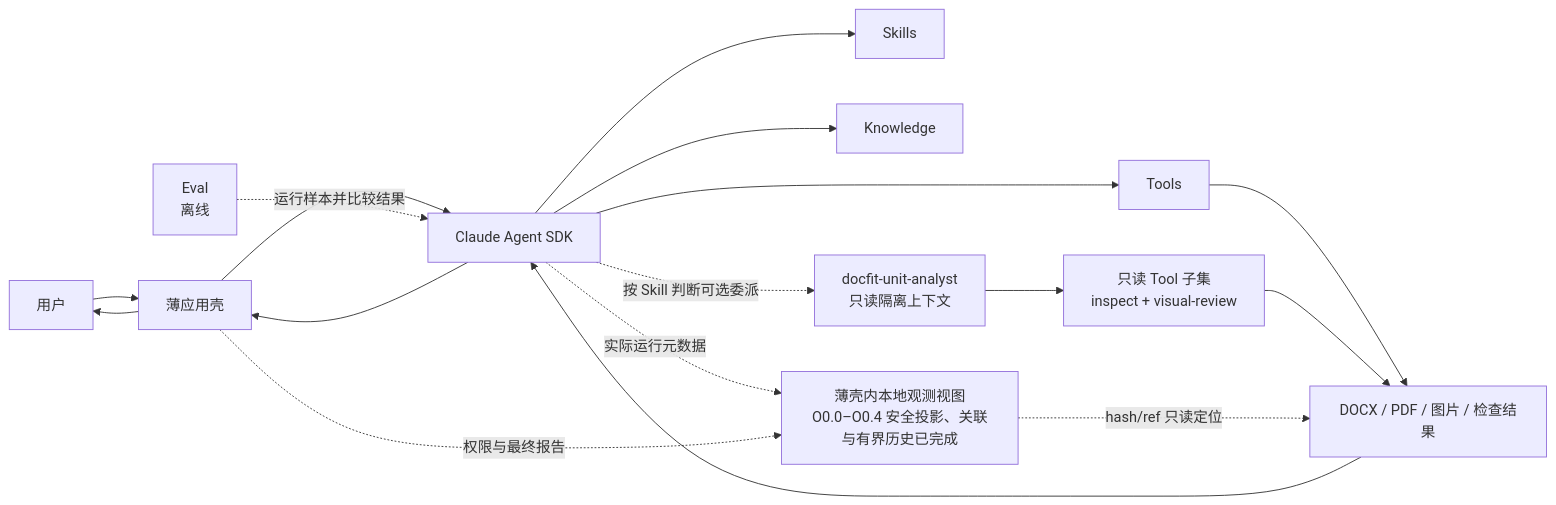
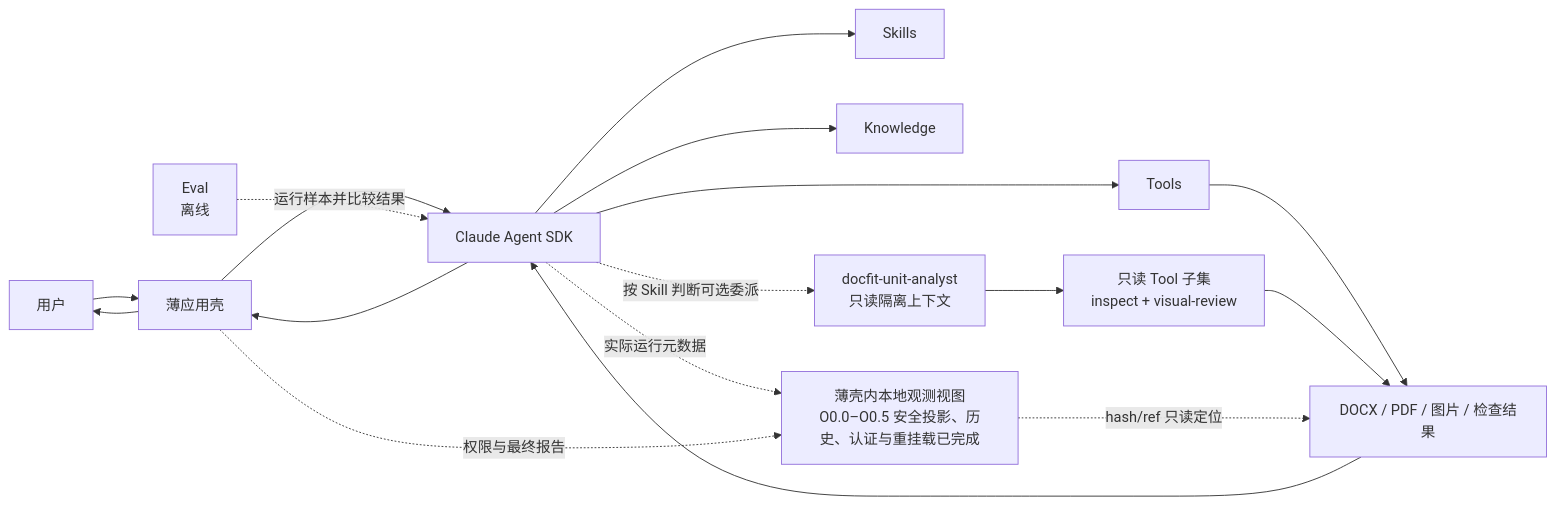
Before and after one commit to bamao88/0730: the diagram in docs/docfit-01-architecture-core.md, drawn with Mermaid. The commit also changed other lines of this file and 9 other files, not shown here.

````diff
--- a/docs/docfit-01-architecture-core.md
+++ b/docs/docfit-01-architecture-core.md
@@ -83,19 +83,19 @@
 ```mermaid
 flowchart LR
     U["用户"] --> A["薄应用壳"]
     A --> SDK["Claude Agent SDK"]
     SDK --> S["Skills"]
     SDK --> K["Knowledge"]
     SDK --> T["Tools"]
     SDK -."按 Skill 判断可选委派".-> SA["docfit-unit-analyst<br/>只读隔离上下文"]
     SA --> RT["只读 Tool 子集<br/>inspect + visual-review"]
     T --> F["DOCX / PDF / 图片 / 检查结果"]
     RT --> F
     F --> SDK
     SDK --> A
     A --> U
-    SDK -."实际运行元数据".-> O["薄壳内本地观测视图<br/>O0.0–O0.4 安全投影、关联与有界历史已完成"]
+    SDK -."实际运行元数据".-> O["薄壳内本地观测视图<br/>O0.0–O0.5 安全投影、历史、认证与重挂载已完成"]
     A -."权限与最终报告".-> O
     O -."hash/ref 只读定位".-> F
     E["Eval<br/>离线"] -.运行样本并比较结果.-> SDK
 ```
````
